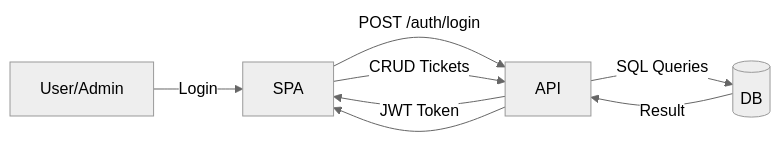
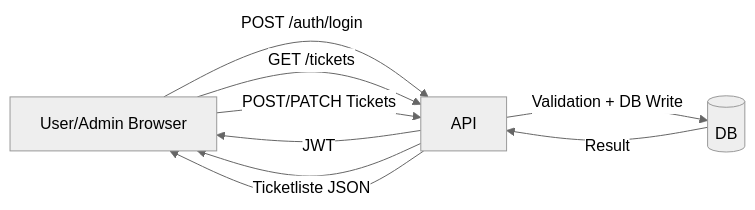
The third of 3 diagrams in docs/Report.md (JermainIPSO/ticketing-system-weve), drawn with Mermaid (neutral theme) before and after one commit. The commit also changed other lines of this file and 1 other file, not shown here.

````diff
--- a/docs/Report.md
+++ b/docs/Report.md
@@ -82,9 +179,10 @@
 ```mermaid
 flowchart LR
-  U[User/Admin] -->|Login| SPA[SPA]
-  SPA -->|POST /auth/login| API
-  API -->|JWT Token| SPA
-  SPA -->|CRUD Tickets| API
-  API -->|SQL Queries| DB[(DB)]
-  DB -->|Result| API --> SPA
+  U[User/Admin Browser] -->|POST /auth/login| API
+  API -->|JWT| U
+  U -->|GET /tickets| API
+  API -->|Ticketliste JSON| U
+  U -->|POST/PATCH Tickets| API
+  API -->|Validation + DB Write| DB[(DB)]
+  DB -->|Result| API --> U
 ```
````
